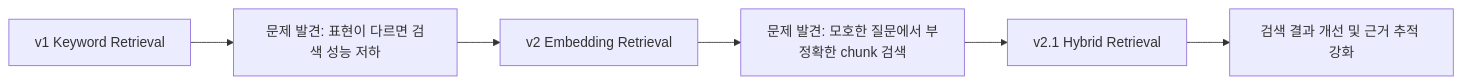
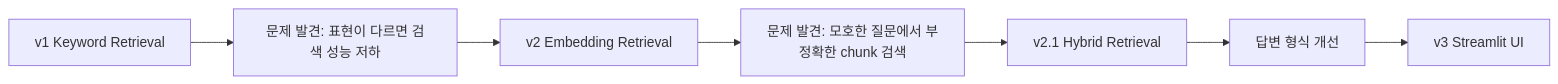
One commit to lightleaping/course-study-rag-tutor changed the second of 2 diagrams in README.md. Above: the diagram before and after it, drawn with Mermaid. The commit also changed other lines of this file and 9 other files, not shown here.

````diff
--- a/README.md
+++ b/README.md
@@ -129,8 +135,9 @@
 ```mermaid
 flowchart LR
     A[v1 Keyword Retrieval] --> B[문제 발견: 표현이 다르면 검색 성능 저하]
     B --> C[v2 Embedding Retrieval]
     C --> D[문제 발견: 모호한 질문에서 부정확한 chunk 검색]
     D --> E[v2.1 Hybrid Retrieval]
-    E --> F[검색 결과 개선 및 근거 추적 강화]
+    E --> F[답변 형식 개선]
+    F --> G[v3 Streamlit UI]
 ```
````
